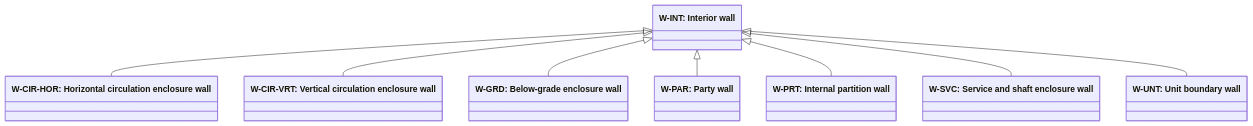
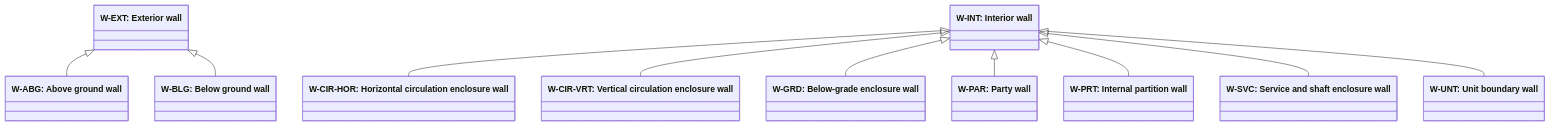
Before and after one commit to simondilhas/pragmatic-bim-data-contract: the diagram in site/classification/separator-wall-role.md, drawn with Mermaid. The commit also changed other lines of this file and 11 other files, not shown here.

First line of the commit message:
Refactor classification schemas for slabs and walls to enhance clarity and structure

````diff
--- a/site/classification/separator-wall-role.md
+++ b/site/classification/separator-wall-role.md
@@ -15,19 +15,24 @@
 ```mermaid
 classDiagram
 direction TB
+class n_W_ABG["W-ABG: Above ground wall"]
+class n_W_BLG["W-BLG: Below ground wall"]
 class n_W_CIR_HOR["W-CIR-HOR: Horizontal circulation enclosure wall"]
 class n_W_CIR_VRT["W-CIR-VRT: Vertical circulation enclosure wall"]
+class n_W_EXT["W-EXT: Exterior wall"]
 class n_W_GRD["W-GRD: Below-grade enclosure wall"]
 class n_W_INT["W-INT: Interior wall"]
 class n_W_PAR["W-PAR: Party wall"]
 class n_W_PRT["W-PRT: Internal partition wall"]
 class n_W_SVC["W-SVC: Service and shaft enclosure wall"]
 class n_W_UNT["W-UNT: Unit boundary wall"]
+n_W_EXT <|-- n_W_ABG
+n_W_EXT <|-- n_W_BLG
 n_W_INT <|-- n_W_CIR_HOR
 n_W_INT <|-- n_W_CIR_VRT
 n_W_INT <|-- n_W_GRD
 n_W_INT <|-- n_W_PAR
 n_W_INT <|-- n_W_PRT
 n_W_INT <|-- n_W_SVC
 n_W_INT <|-- n_W_UNT
 ```
````
